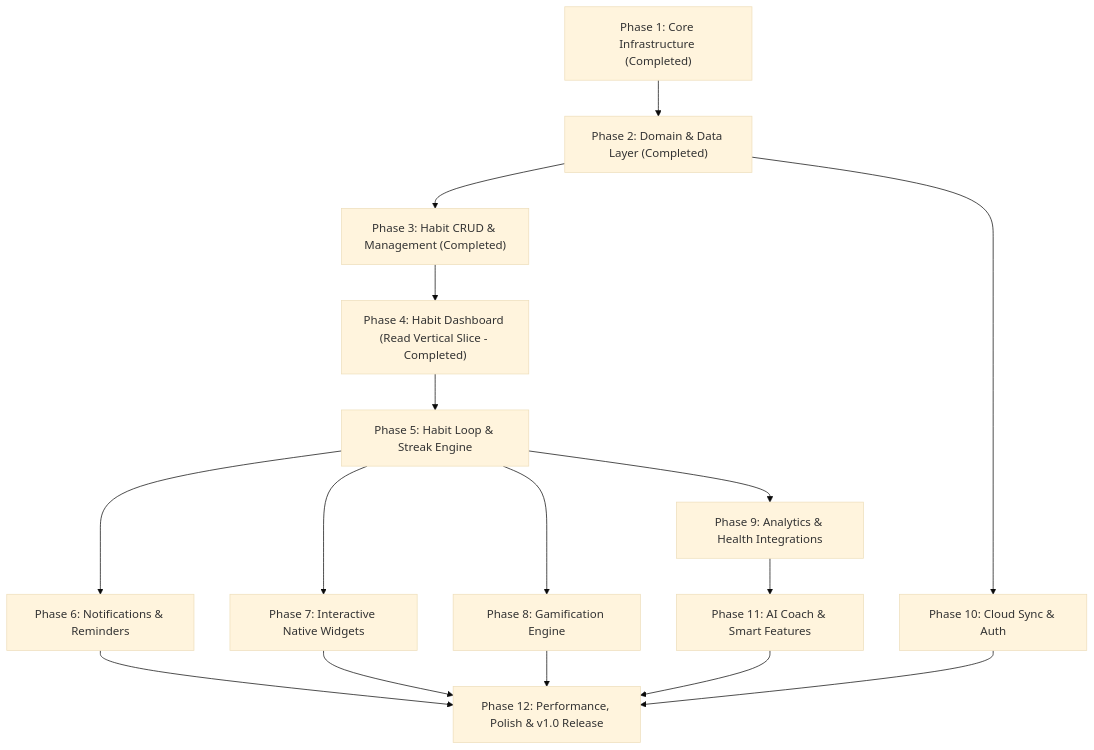
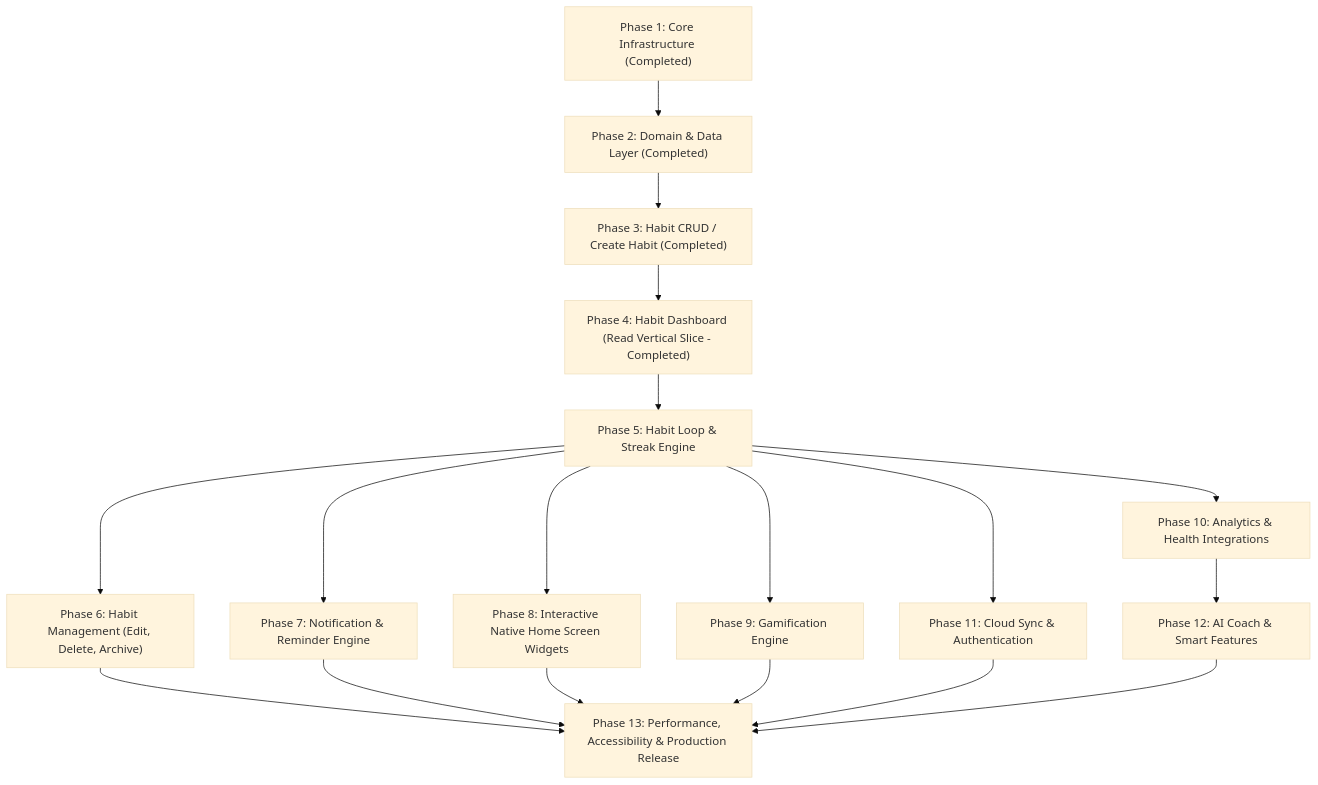
Before and after one commit to Kartavvya07/Habit-Tracker: the diagram in github_roadmap.md, drawn with Mermaid (base theme). The commit also changed other lines of this file and 4 other files, not shown here.

Commit message:
docs(roadmap): refactor canonical GitHub roadmap, issue scripts, and engineering workflow

````diff
--- a/github_roadmap.md
+++ b/github_roadmap.md
@@ -52,18 +64,20 @@
 ```mermaid
 graph TD
     M1["Phase 1: Core Infrastructure (Completed)"] --> M2["Phase 2: Domain & Data Layer (Completed)"]
-    M2 --> M3["Phase 3: Habit CRUD & Management (Completed)"]
+    M2 --> M3["Phase 3: Habit CRUD / Create Habit (Completed)"]
     M3 --> M4["Phase 4: Habit Dashboard (Read Vertical Slice - Completed)"]
     M4 --> M5["Phase 5: Habit Loop & Streak Engine"]
-    M5 --> M6["Phase 6: Notifications & Reminders"]
-    M5 --> M7["Phase 7: Interactive Native Widgets"]
-    M5 --> M8["Phase 8: Gamification Engine"]
-    M5 --> M9["Phase 9: Analytics & Health Integrations"]
-    M2 --> M10["Phase 10: Cloud Sync & Auth"]
-    M9 --> M11["Phase 11: AI Coach & Smart Features"]
-    M6 --> M12["Phase 12: Performance, Polish & v1.0 Release"]
-    M7 --> M12
-    M8 --> M12
-    M10 --> M12
-    M11 --> M12
+    M5 --> M6["Phase 6: Habit Management (Edit, Delete, Archive)"]
+    M5 --> M7["Phase 7: Notification & Reminder Engine"]
+    M5 --> M8["Phase 8: Interactive Native Home Screen Widgets"]
+    M5 --> M9["Phase 9: Gamification Engine"]
+    M5 --> M10["Phase 10: Analytics & Health Integrations"]
+    M5 --> M11["Phase 11: Cloud Sync & Authentication"]
+    M10 --> M12["Phase 12: AI Coach & Smart Features"]
+    M6 --> M13["Phase 13: Performance, Accessibility & Production Release"]
+    M7 --> M13
+    M8 --> M13
+    M9 --> M13
+    M11 --> M13
+    M12 --> M13
 ```
````
